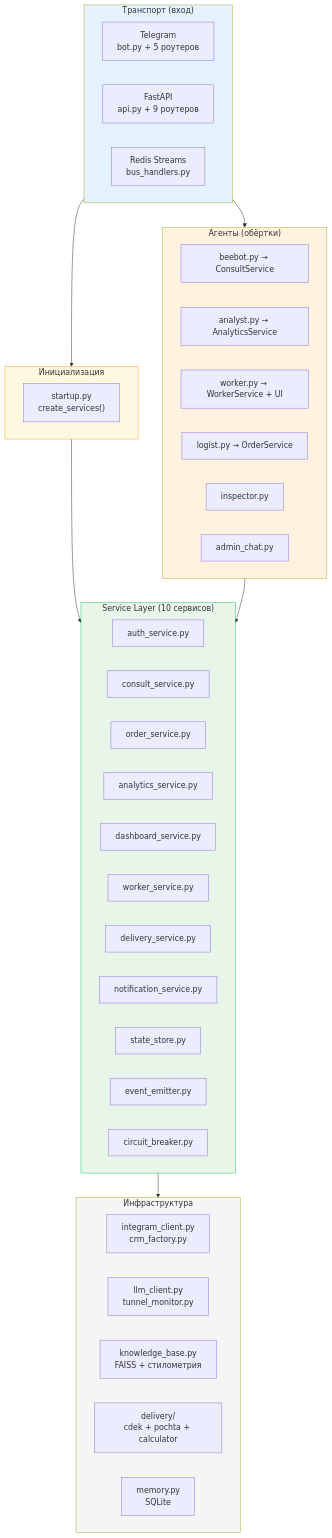
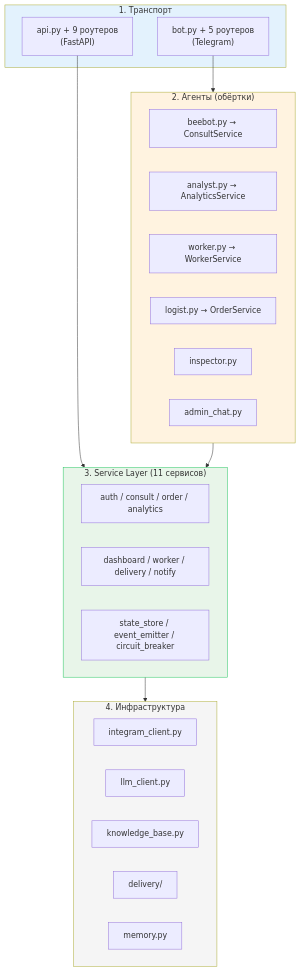
One commit to unidel2035/BEEBOT changed diagram 12 of 15 in docs/architecture.md. Above: the diagram before and after it, drawn with Mermaid. The commit also changed other lines of this file, not shown here.

First line of the commit message:
docs: переписать architecture.md под unified process

````diff
--- a/docs/architecture.md
+++ b/docs/architecture.md
@@ -499,54 +501,41 @@
 ```mermaid
 graph TB
-    subgraph TRANSPORT["Транспорт (вход)"]
-        TG["Telegram<br/>bot.py + 5 роутеров"]
-        WEB_T["FastAPI<br/>api.py + 9 роутеров"]
-        REDIS_T["Redis Streams<br/>bus_handlers.py"]
+    subgraph TRANSPORT["1. Транспорт"]
+        TG["bot.py + 5 роутеров<br/>(Telegram)"]
+        WEB_T["api.py + 9 роутеров<br/>(FastAPI)"]
     end
 
-    subgraph INIT["Инициализация"]
-        STARTUP_F["startup.py<br/>create_services()"]
-    end
-
-    subgraph SVC["Service Layer (10 сервисов)"]
-        AUTH_F["auth_service.py"]
-        CONSULT_F["consult_service.py"]
-        ORDER_F["order_service.py"]
-        ANALYTICS_F["analytics_service.py"]
-        DASHBOARD_F["dashboard_service.py"]
-        WORKER_F["worker_service.py"]
-        DELIVERY_F["delivery_service.py"]
-        NOTIFY_F["notification_service.py"]
-        STATE_F["state_store.py"]
-        EVENTS_F["event_emitter.py"]
-        CB_F["circuit_breaker.py"]
-    end
-
-    subgraph AGENTS_F["Агенты (обёртки)"]
+    subgraph AGENTS_F["2. Агенты (обёртки)"]
         BEEBOT_F["beebot.py → ConsultService"]
         ANALYST_F["analyst.py → AnalyticsService"]
-        WORKER_AF["worker.py → WorkerService + UI"]
+        WORKER_AF["worker.py → WorkerService"]
         LOGIST_F["logist.py → OrderService"]
         INSPECT_F["inspector.py"]
         ADMIN_F["admin_chat.py"]
     end
 
-    subgraph INFRA_F["Инфраструктура"]
-        CRM_F["integram_client.py<br/>crm_factory.py"]
-        LLM_F["llm_client.py<br/>tunnel_monitor.py"]
-        KB_F["knowledge_base.py<br/>FAISS + стилометрия"]
-        DEL_F["delivery/<br/>cdek + pochta + calculator"]
-        MEM_F["memory.py<br/>SQLite"]
+    subgraph SVC["3. Service Layer (11 сервисов)"]
+        direction LR
+        S1["auth / consult / order / analytics"]
+        S2["dashboard / worker / delivery / notify"]
+        S3["state_store / event_emitter / circuit_breaker"]
     end
 
-    TRANSPORT --> INIT --> SVC
-    TRANSPORT --> AGENTS_F
+    subgraph INFRA_F["4. Инфраструктура"]
+        CRM_F["integram_client.py"]
+        LLM_F["llm_client.py"]
+        KB_F["knowledge_base.py"]
+        DEL_F["delivery/"]
+        MEM_F["memory.py"]
+    end
+
+    TG --> AGENTS_F
+    WEB_T --> SVC
     AGENTS_F --> SVC
     SVC --> INFRA_F
 
     style TRANSPORT fill:#e3f2fd
-    style INIT fill:#fff8e1,stroke:#f9a825
+    style AGENTS_F fill:#fff3e0
     style SVC fill:#e8f5e9,stroke:#22c55e
-    style AGENTS_F fill:#fff3e0
     style INFRA_F fill:#f5f5f5
 ```
````
